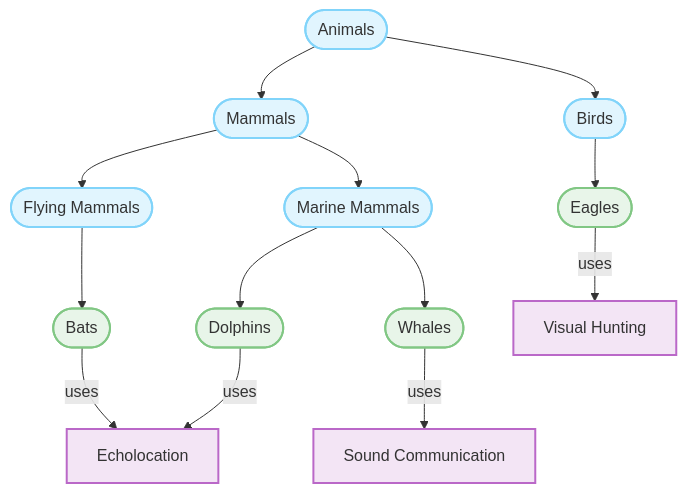
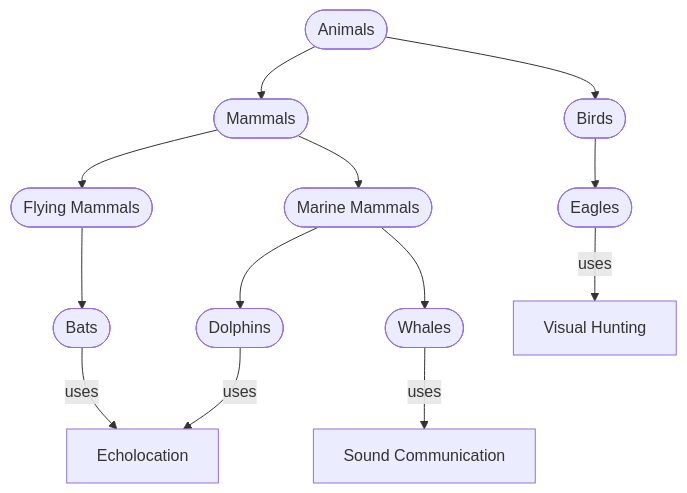
One commit to nyvyn/nyvyn.github.io changed the second of 3 diagrams in _notes/2024-12-24-graph-embeddings.markdown. Above: the diagram before and after it, drawn with Mermaid. The commit also changed other lines of this file, not shown here.

Commit message:
`chore: remove unused Mermaid.js styling from graph-embeddings note`

````diff
--- a/_notes/2024-12-24-graph-embeddings.markdown
+++ b/_notes/2024-12-24-graph-embeddings.markdown
@@ -77,32 +77,27 @@
    ```mermaid
    flowchart TD
     %% Define nodes with cleaner styling
     A([Animals]):::category
     B([Mammals]):::category
     C([Birds]):::category
     D([Marine Mammals]):::category
     E([Flying Mammals]):::category
     F([Dolphins]):::animal
     G([Whales]):::animal
     H([Bats]):::animal
     I([Eagles]):::animal
     J[Echolocation]:::trait
     K[Sound Communication]:::trait
     L[Visual Hunting]:::trait
     
     %% Define relationships
     A --> B & C
     B --> D & E
     D --> F & G
     E --> H
     C --> I
     
     F & H -->|uses| J
     G -->|uses| K
     I -->|uses| L
-    
-    %% Define styles
-    classDef category fill:#e1f5fe,stroke:#81d4fa,stroke-width:2px
-    classDef animal fill:#e8f5e9,stroke:#81c784,stroke-width:2px
-    classDef trait fill:#f3e5f5,stroke:#ba68c8,stroke-width:2px
    ```
````
